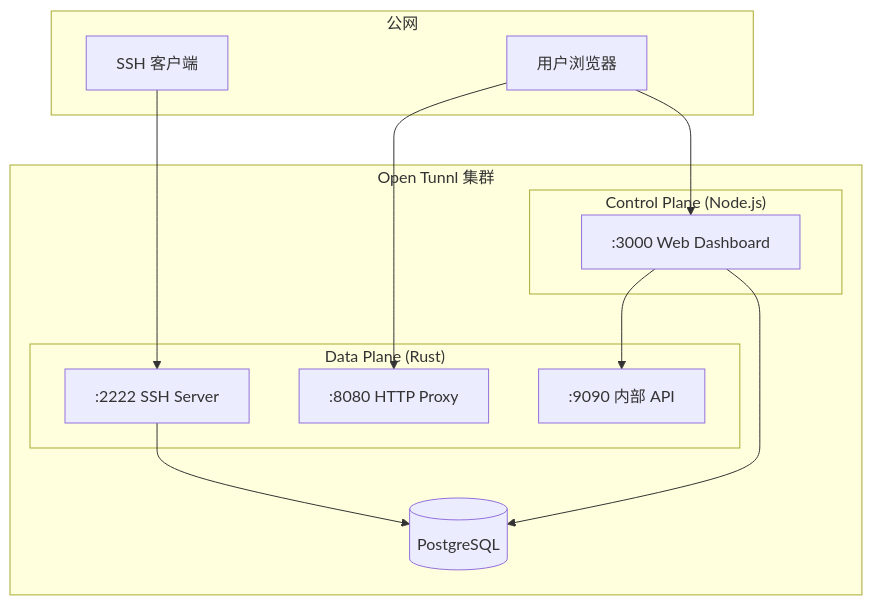
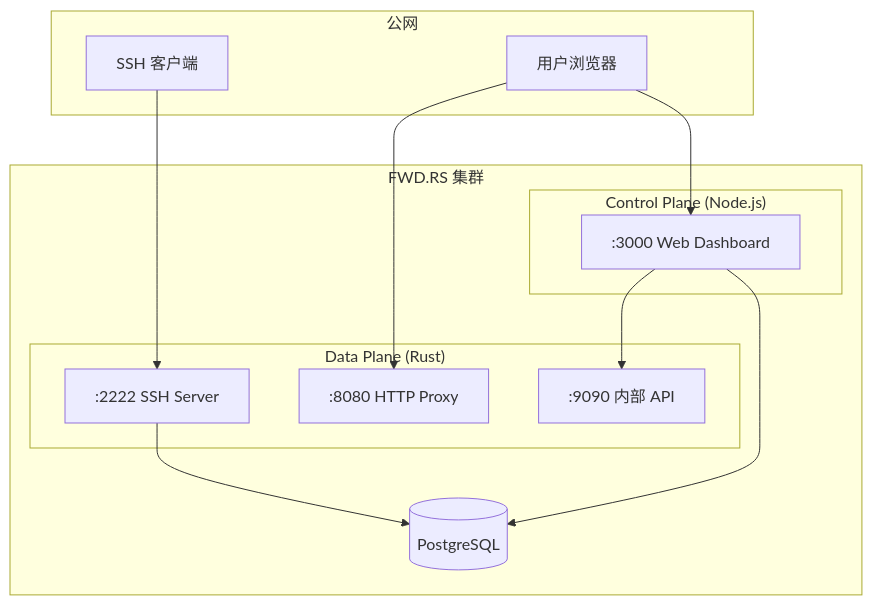
One commit to ZingerLittleBee/EXLO changed the diagram in apps/docs/content/docs/deployment/index.mdx. Above: the diagram before and after it, drawn with Mermaid. The commit also changed other lines of this file and 9 other files, not shown here.

````diff
--- a/apps/docs/content/docs/deployment/index.mdx
+++ b/apps/docs/content/docs/deployment/index.mdx
@@ -11,28 +11,28 @@
 ```mermaid
 graph TB
     subgraph "公网"
         User[用户浏览器]
         SSH[SSH 客户端]
     end
 
-    subgraph "Open Tunnl 集群"
+    subgraph "FWD.RS 集群"
         subgraph "Data Plane (Rust)"
             SSH_Server[":2222 SSH Server"]
             HTTP_Proxy[":8080 HTTP Proxy"]
             Mgmt_API[":9090 内部 API"]
         end
 
         subgraph "Control Plane (Node.js)"
             Web[":3000 Web Dashboard"]
         end
 
         DB[(PostgreSQL)]
     end
 
     SSH --> SSH_Server
     User --> HTTP_Proxy
     User --> Web
     Web --> Mgmt_API
     SSH_Server --> DB
     Web --> DB
 ```
````
